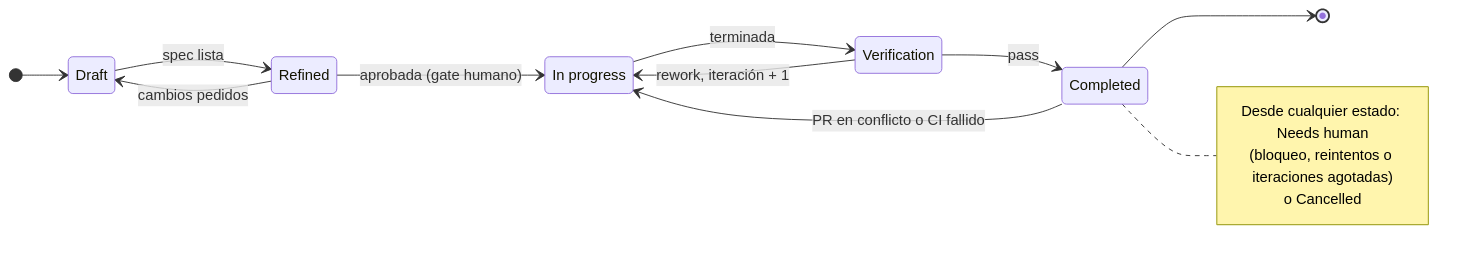
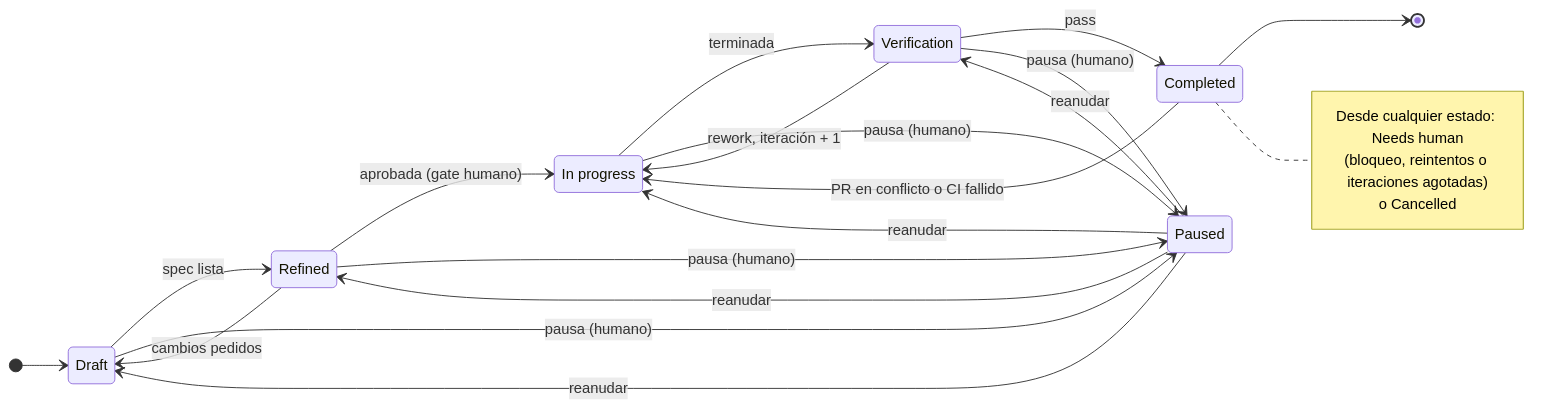
The first of 2 diagrams in docs/design.md (sergiowero/lunas-queue), drawn with Mermaid before and after one commit. The commit also changed other lines of this file and 1 other file, not shown here.

Commit message:
Docs: estado paused y comando pause en design.md y ADR 0007
LunasQ-Task: fb6f2dc1-5901-4a0a-9709-a49af68d8e6c
LunasQ-Run: 74140018-749c-4509-b42b-2f7852ff75a2

````diff
--- a/docs/design.md
+++ b/docs/design.md
@@ -57,19 +57,27 @@
 ```mermaid
 stateDiagram-v2
     direction LR
     [*] --> Draft
     Draft --> Refined: spec lista
     Refined --> Draft: cambios pedidos
     Refined --> InProgress: aprobada (gate humano)
     InProgress --> Verification: terminada
     Verification --> InProgress: rework, iteración + 1
     Verification --> Completed: pass
     Completed --> InProgress: PR en conflicto o CI fallido
     Completed --> [*]
+    Draft --> Paused: pausa (humano)
+    Refined --> Paused: pausa (humano)
+    InProgress --> Paused: pausa (humano)
+    Verification --> Paused: pausa (humano)
+    Paused --> Draft: reanudar
+    Paused --> Refined: reanudar
+    Paused --> InProgress: reanudar
+    Paused --> Verification: reanudar
     InProgress: In progress
     note right of Completed
         Desde cualquier estado: Needs human
         (bloqueo, reintentos o iteraciones agotadas)
         o Cancelled
     end note
 ```
````
